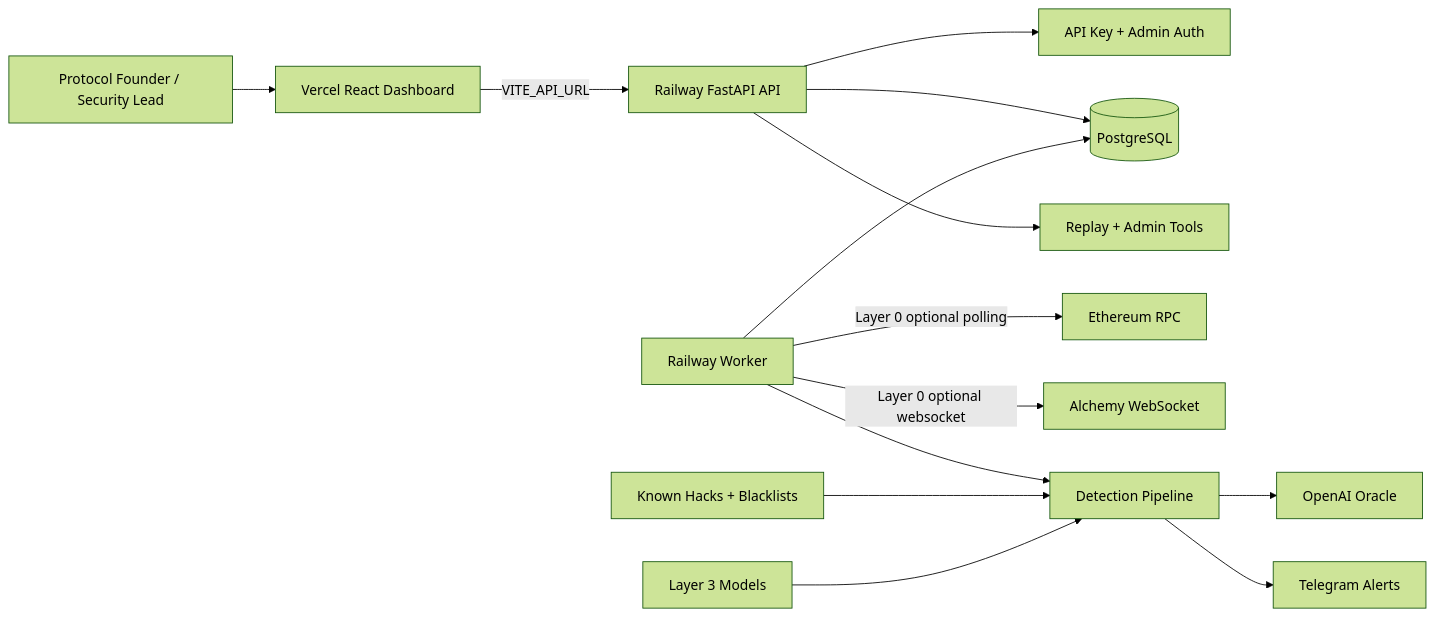
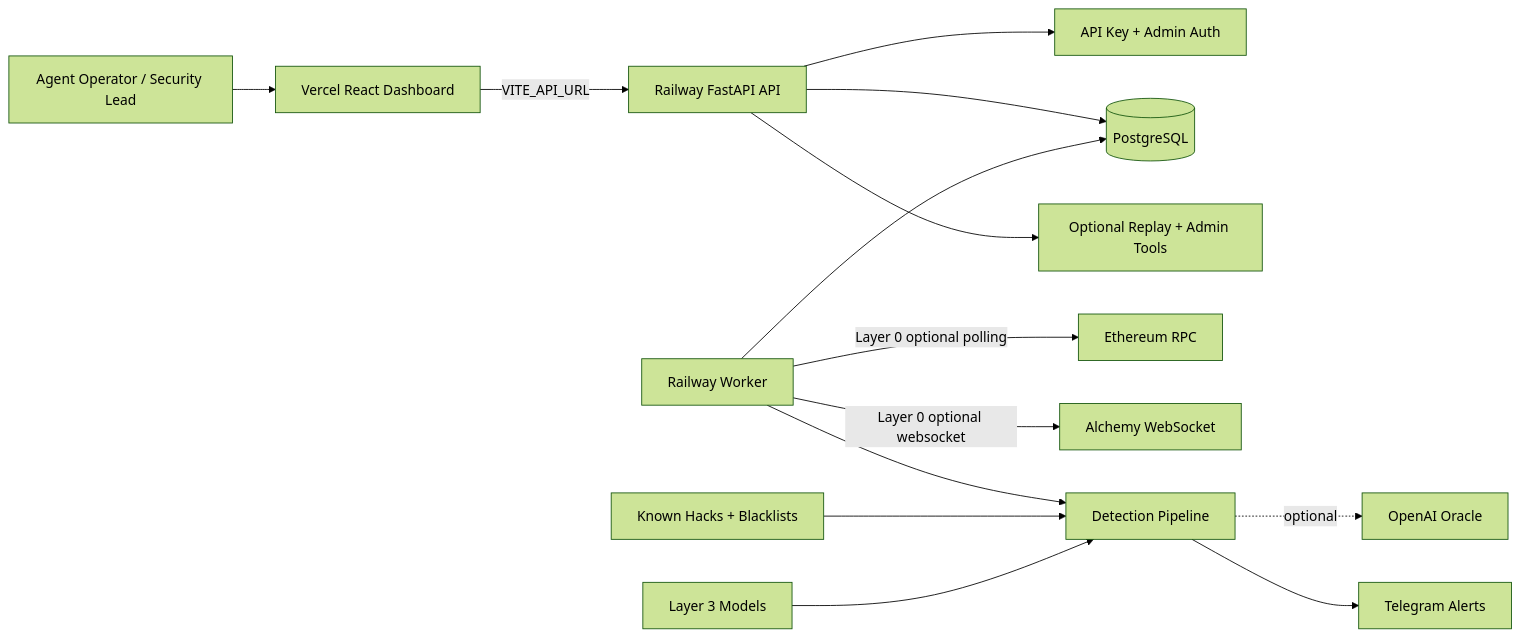
One commit to hasansazly/Talosly-startup changed the first of 6 diagrams in README.md. Above: the diagram before and after it, drawn with Mermaid (forest theme). The commit also changed other lines of this file and 2 other files, not shown here.

````diff
--- a/README.md
+++ b/README.md
@@ -66,18 +67,18 @@
 ```mermaid
 flowchart LR
-  Founder[Protocol Founder / Security Lead] --> UI[Vercel React Dashboard]
+  Operator[Agent Operator / Security Lead] --> UI[Vercel React Dashboard]
   UI -->|VITE_API_URL| API[Railway FastAPI API]
   API --> Auth[API Key + Admin Auth]
   API --> DB[(PostgreSQL)]
-  API --> Replay[Replay + Admin Tools]
+  API --> Replay[Optional Replay + Admin Tools]
 
   Worker[Railway Worker] --> DB
   Worker -->|Layer 0 optional polling| RPC[Ethereum RPC]
   Worker -->|Layer 0 optional websocket| WSS[Alchemy WebSocket]
   Worker --> Pipeline[Detection Pipeline]
-  Pipeline --> OpenAI[OpenAI Oracle]
+  Pipeline -. optional .-> OpenAI[OpenAI Oracle]
   Pipeline --> Telegram[Telegram Alerts]
 
   Data[Known Hacks + Blacklists] --> Pipeline
   Models[Layer 3 Models] --> Pipeline
 ```
````
